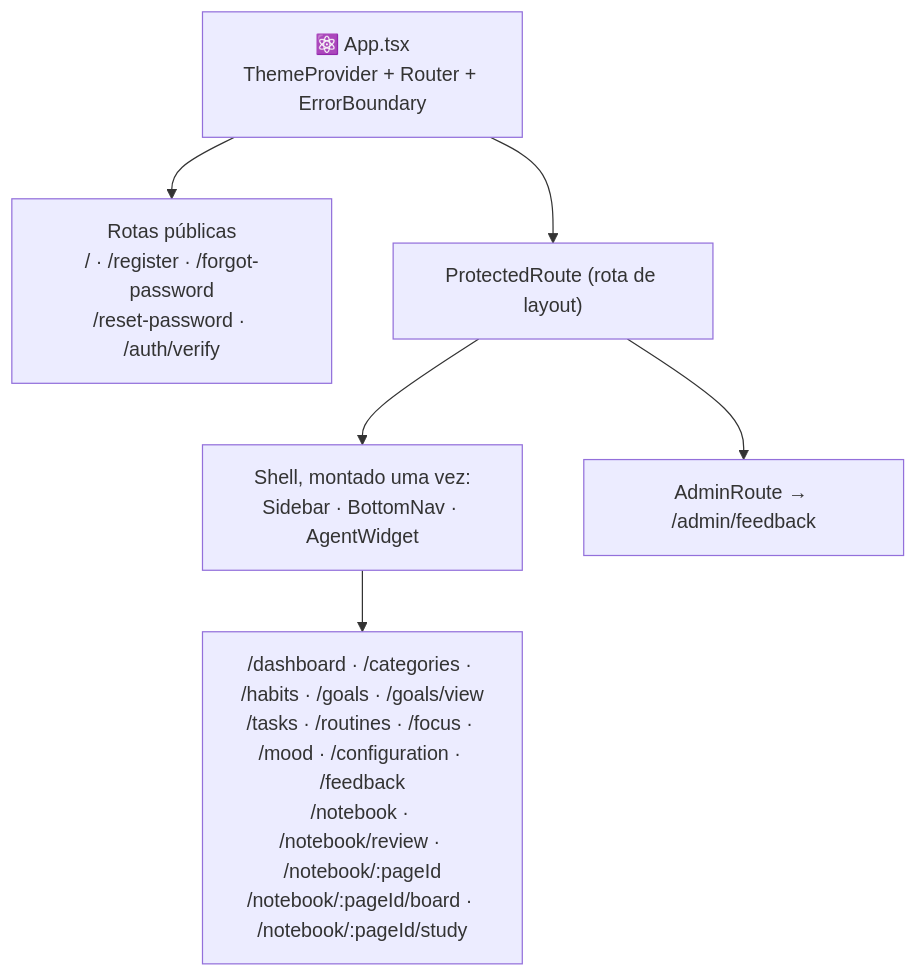
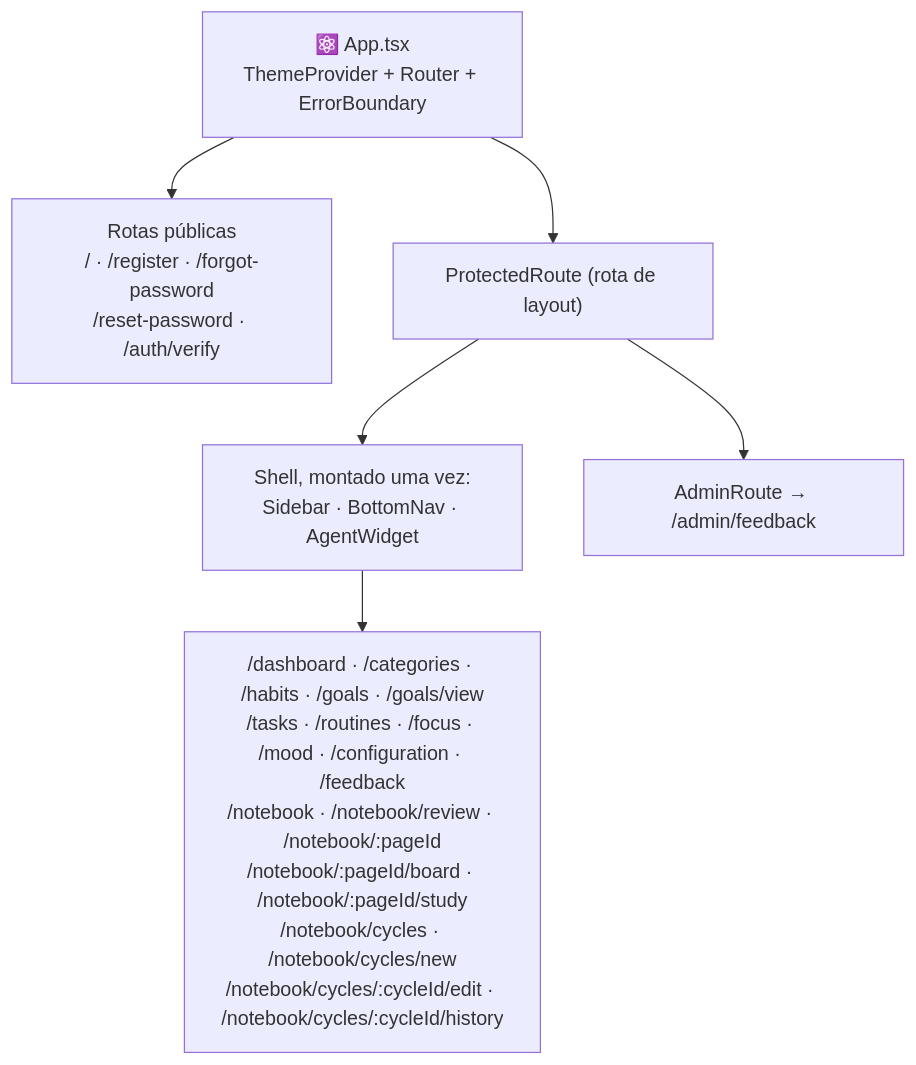
The diagram in architecture/ui-components/pt.md (AndDev741/Beyou-arch-design), drawn with Mermaid before and after one commit. The commit also changed other lines of this file and 33 other files, not shown here.

````diff
--- a/architecture/ui-components/pt.md
+++ b/architecture/ui-components/pt.md
@@ -10,9 +10,9 @@
 ```mermaid
 flowchart TD
   APP["⚛️ App.tsx<br/>ThemeProvider + Router + ErrorBoundary"]
   APP --> PUB["Rotas públicas<br/>/ · /register · /forgot-password<br/>/reset-password · /auth/verify"]
   APP --> PROT["ProtectedRoute (rota de layout)"]
   PROT --> SHELL["Shell, montado uma vez:<br/>Sidebar · BottomNav · AgentWidget"]
-  SHELL --> PAGES["/dashboard · /categories · /habits · /goals · /goals/view<br/>/tasks · /routines · /focus · /mood · /configuration · /feedback<br/>/notebook · /notebook/review · /notebook/:pageId<br/>/notebook/:pageId/board · /notebook/:pageId/study"]
+  SHELL --> PAGES["/dashboard · /categories · /habits · /goals · /goals/view<br/>/tasks · /routines · /focus · /mood · /configuration · /feedback<br/>/notebook · /notebook/review · /notebook/:pageId<br/>/notebook/:pageId/board · /notebook/:pageId/study<br/>/notebook/cycles · /notebook/cycles/new<br/>/notebook/cycles/:cycleId/edit · /notebook/cycles/:cycleId/history"]
   PROT --> ADMIN["AdminRoute → /admin/feedback"]
 ```
````
